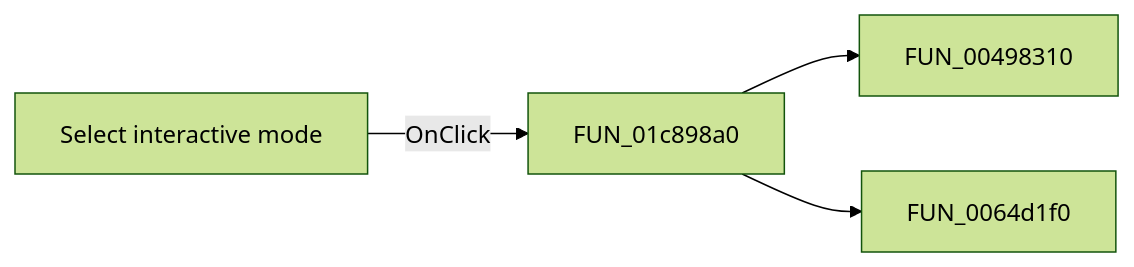
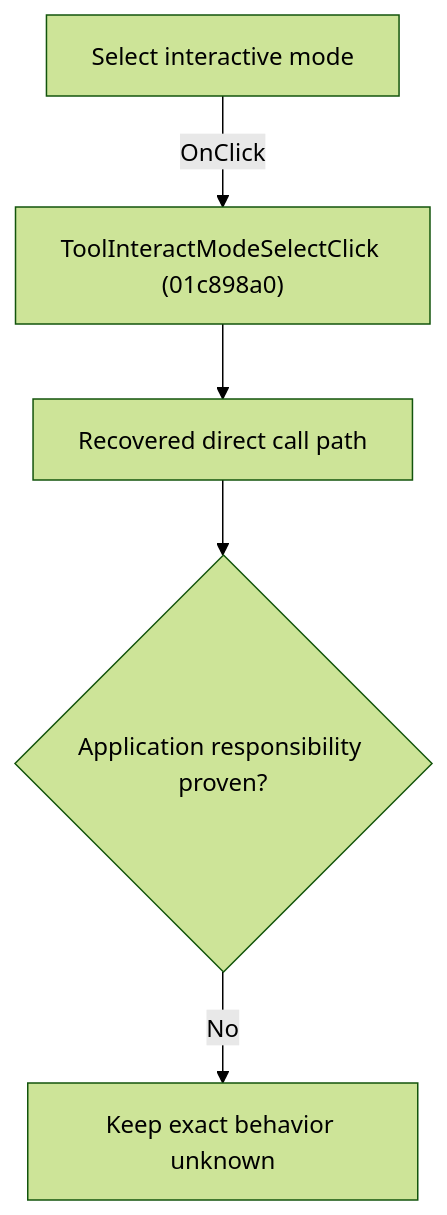
Before and after one commit to MovGP0/TIARA: the diagram in docs/ui-controls/schematiceditor/toolinteractmodeselect-e8097599d2.md, drawn with Mermaid (forest theme). The commit also changed other lines of this file and 1062 other files, not shown here.

````diff
--- a/docs/ui-controls/schematiceditor/toolinteractmodeselect-e8097599d2.md
+++ b/docs/ui-controls/schematiceditor/toolinteractmodeselect-e8097599d2.md
@@ -27,6 +27,7 @@
 ```mermaid
-flowchart LR
-    control["Select interactive mode"] -->|OnClick| handler["FUN_01c898a0"]
-    handler --> call1["FUN_00498310"]
-    handler --> call2["FUN_0064d1f0"]
+flowchart TD
+    control["Select interactive mode"] -->|"OnClick"| handler["ToolInteractModeSelectClick (01c898a0)"]
+    handler --> recovered["Recovered direct call path"]
+    recovered --> gap{"Application responsibility proven?"}
+    gap -->|"No"| blocked["Keep exact behavior unknown"]
 ```
````
